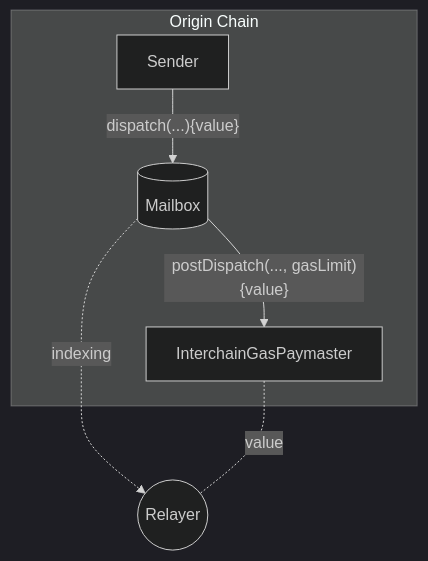
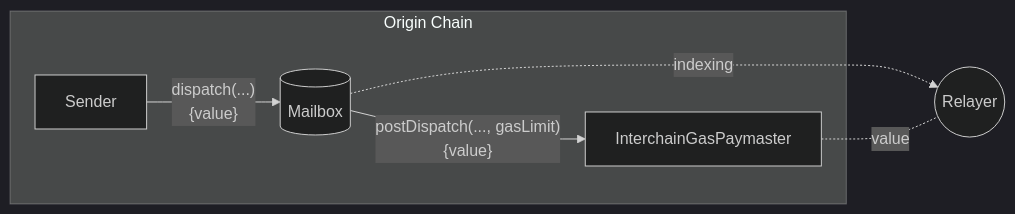
One commit to hyperlane-xyz/v3-docs changed the first of 2 diagrams in docs/reference/hooks/interchain-gas.mdx. Above: the diagram before and after it, drawn with Mermaid (dark theme).

Commit message:
Try adjusting IGP diagrams

````diff
--- a/docs/reference/hooks/interchain-gas.mdx
+++ b/docs/reference/hooks/interchain-gas.mdx
@@ -8,15 +8,15 @@
 ```mermaid
-flowchart TB
+flowchart LR
     subgraph Origin Chain
       Sender
       M_O[(Mailbox)]
       IGP[InterchainGasPaymaster]
-      Sender -- "dispatch(...){value}" --> M_O
-      M_O -- "postDispatch(..., gasLimit){value}" --> IGP
+      Sender -- "dispatch(...)\n{value}" --> M_O
+      M_O -- "postDispatch(..., gasLimit)\n{value}" --> IGP
     end
 
     Relayer((Relayer))
 
     M_O -. "indexing" .-> Relayer
     IGP -. "value" .- Relayer
 ```
````
